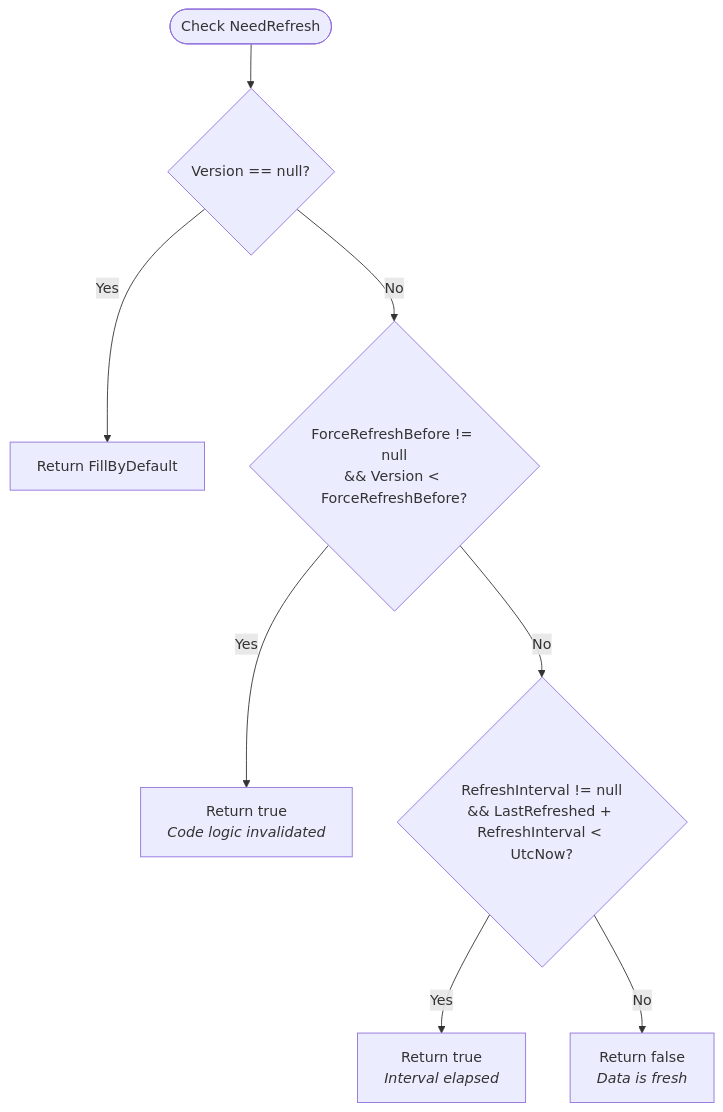
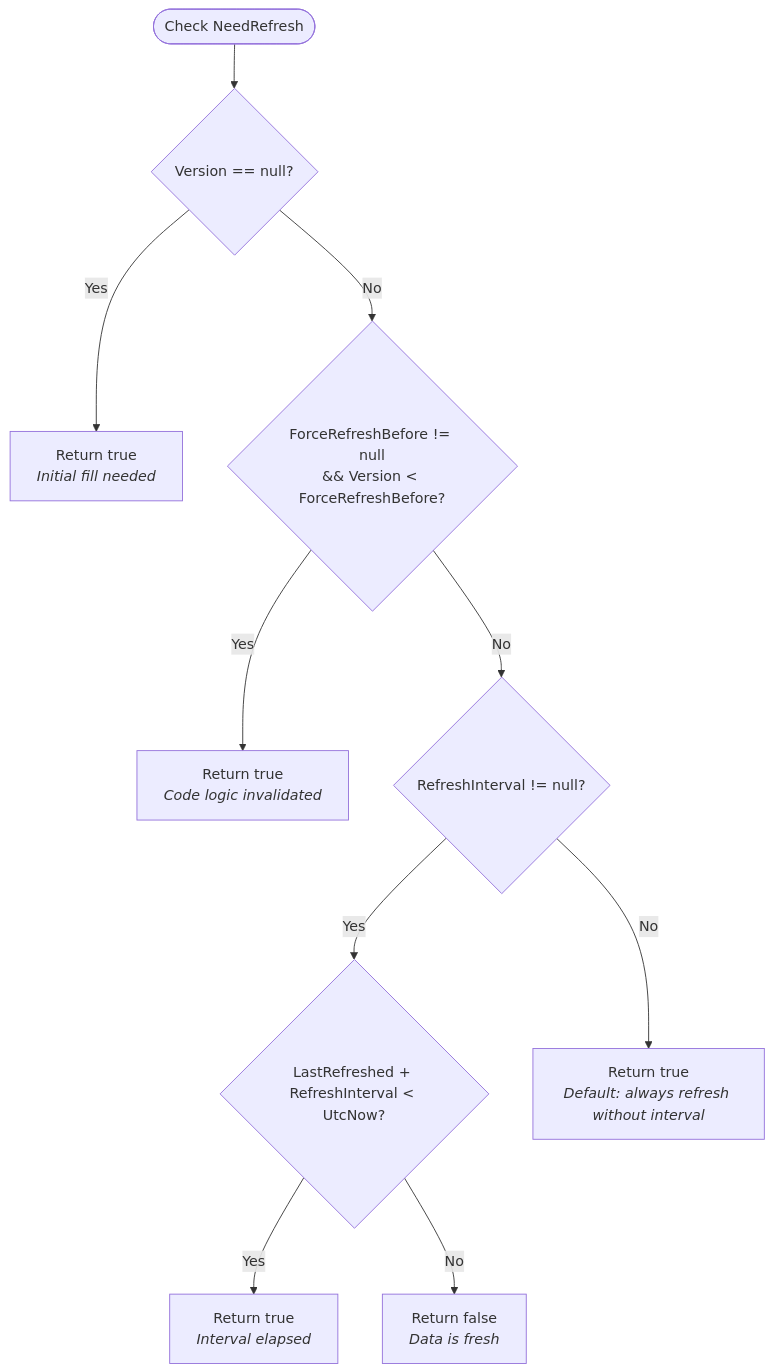
One commit to Kimi-Arthur/KifaNet changed the diagram in docs/2026-08-29 Versioning and Freshness System.md. Above: the diagram before and after it, drawn with Mermaid. The commit also changed other lines of this file and 2 other files, not shown here.

Commit message:
fix(service): assume refresh by default when no refresh interval is configured

````diff
--- a/docs/2026-08-29 Versioning and Freshness System.md
+++ b/docs/2026-08-29 Versioning and Freshness System.md
@@ -75,12 +75,14 @@
 ```mermaid
 flowchart TD
     Start([Check NeedRefresh]) --> NullVersion{Version == null?}
-    NullVersion -- Yes --> FillByDefault[Return FillByDefault]
+    NullVersion -- Yes --> True0[Return true<br/><i>Initial fill needed</i>]
     NullVersion -- No --> ForceCheck{ForceRefreshBefore != null<br/>&& Version < ForceRefreshBefore?}
     
     ForceCheck -- Yes --> True1[Return true<br/><i>Code logic invalidated</i>]
-    ForceCheck -- No --> IntervalCheck{RefreshInterval != null<br/>&& LastRefreshed + RefreshInterval < UtcNow?}
+    ForceCheck -- No --> HasInterval{RefreshInterval != null?}
     
+    HasInterval -- Yes --> IntervalCheck{LastRefreshed + RefreshInterval < UtcNow?}
     IntervalCheck -- Yes --> True2[Return true<br/><i>Interval elapsed</i>]
     IntervalCheck -- No --> False[Return false<br/><i>Data is fresh</i>]
+    HasInterval -- No --> True3[Return true<br/><i>Default: always refresh without interval</i>]
 ```
````
